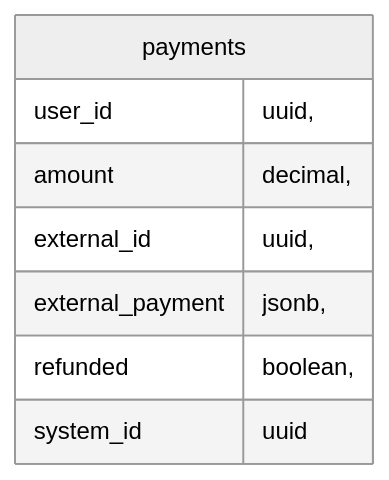
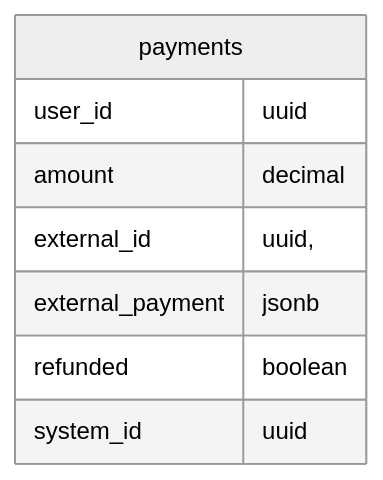
The third of 3 diagrams in documentation/Statement.md (aigt/graduate_work), drawn with Mermaid (neutral theme) before and after one commit.

Commit message:
Правки в оформлении документации

````diff
--- a/documentation/Statement.md
+++ b/documentation/Statement.md
@@ -127,13 +127,13 @@
 ```mermaid
 erDiagram
 
     payments {
-        user_id uuid,
-        amount decimal,
+        user_id uuid
+        amount decimal
         external_id uuid,
-        external_payment jsonb,
-        refunded boolean,
+        external_payment jsonb
+        refunded boolean
         system_id uuid
     }
 
 ```
````
